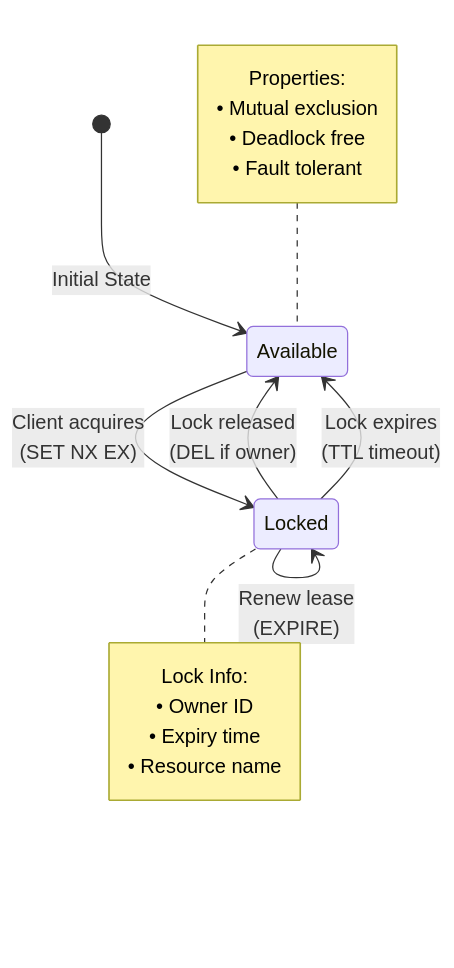
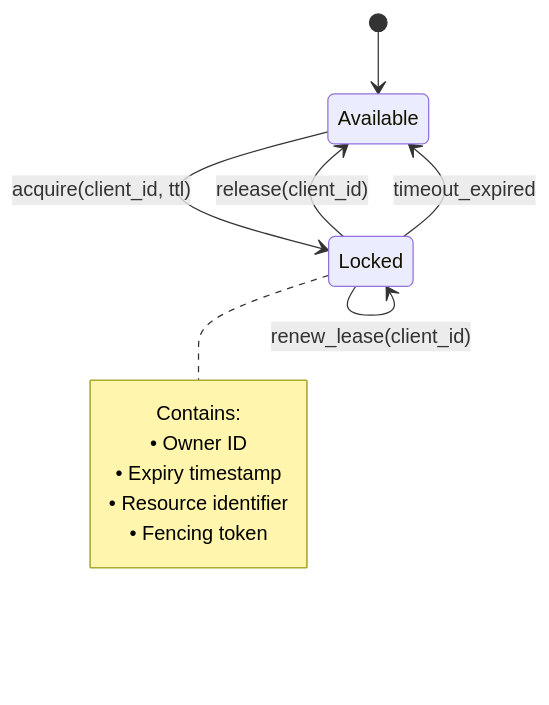
One commit to deepaucksharma/DStudio changed the third of 6 diagrams in docs/pattern-library/coordination/distributed-lock.md. Above: the diagram before and after it, drawn with Mermaid. The commit also changed other lines of this file and 191 other files, not shown here.

````diff
--- a/docs/pattern-library/coordination/distributed-lock.md
+++ b/docs/pattern-library/coordination/distributed-lock.md
@@ -92,26 +170,16 @@
 ```mermaid
 stateDiagram-v2
-    [*] --> Available: Initial State
-    
-    Available --> Locked: Client acquires<br/>(SET NX EX)
-    
-    Locked --> Available: Lock released<br/>(DEL if owner)
-    
-    Locked --> Available: Lock expires<br/>(TTL timeout)
-    
-    Locked --> Locked: Renew lease<br/>(EXPIRE)
+    [*] --> Available
+    Available --> Locked: acquire(client_id, ttl)
+    Locked --> Available: release(client_id)
+    Locked --> Available: timeout_expired
+    Locked --> Locked: renew_lease(client_id)
     
     note right of Locked
-        Lock Info:
+        Contains:
         • Owner ID
-        • Expiry time
-        • Resource name
-    end note
-    
-    note left of Available
-        Properties:
-        • Mutual exclusion
-        • Deadlock free
-        • Fault tolerant
+        • Expiry timestamp
+        • Resource identifier
+        • Fencing token
     end note
 ```
````
